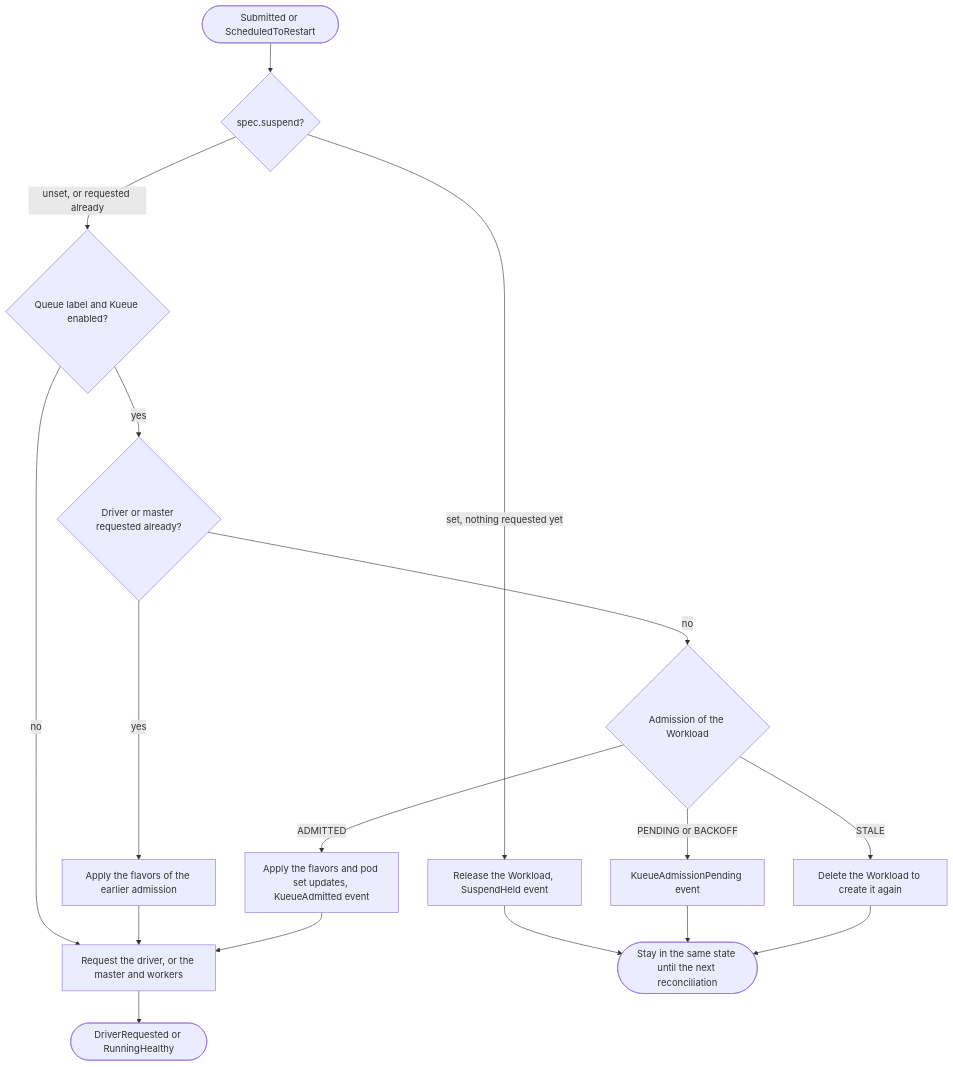
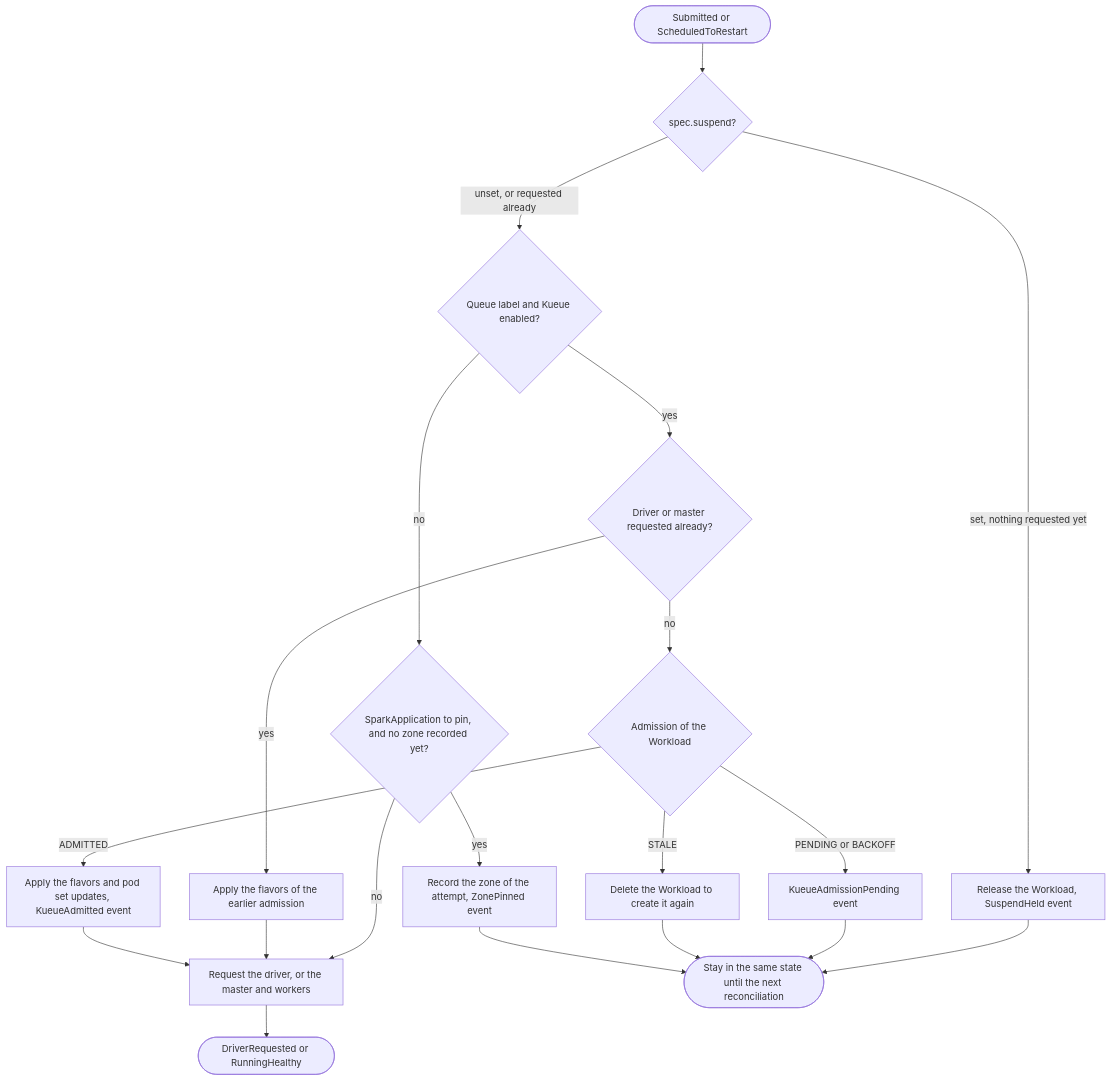
The second of 4 diagrams in docs/architecture.md (apache/spark-kubernetes-operator), drawn with Mermaid before and after one commit. The commit also changed other lines of this file and 17 other files, not shown here.

First line of the commit message:
[SPARK-62036] Support pinning a SparkApplication attempt to a single topology zone

````diff
--- a/docs/architecture.md
+++ b/docs/architecture.md
@@ -111,19 +111,22 @@
 ```mermaid
 flowchart TD
     init([Submitted or ScheduledToRestart]) --> suspend{spec.suspend?}
     suspend -->|set, nothing requested yet| suspendHold[Release the Workload, SuspendHeld event]
     suspend -->|unset, or requested already| queued{Queue label and Kueue enabled?}
-    queued -->|no| request[Request the driver, or the master and workers]
+    queued -->|no| zone{SparkApplication to pin, and no zone recorded yet?}
+    zone -->|no| request[Request the driver, or the master and workers]
+    zone -->|yes| pin[Record the zone of the attempt, ZonePinned event]
     queued -->|yes| requested{Driver or master requested already?}
     requested -->|yes| reapply[Apply the flavors of the earlier admission]
     requested -->|no| admission{Admission of the Workload}
     admission -->|PENDING or BACKOFF| kueueHold[KueueAdmissionPending event]
     admission -->|STALE| stale[Delete the Workload to create it again]
     admission -->|ADMITTED| admitted[Apply the flavors and pod set updates, KueueAdmitted event]
     reapply --> request
     admitted --> request
     request --> next([DriverRequested or RunningHealthy])
     suspendHold --> hold([Stay in the same state until the next reconciliation])
     kueueHold --> hold
     stale --> hold
+    pin --> hold
 ```
````
